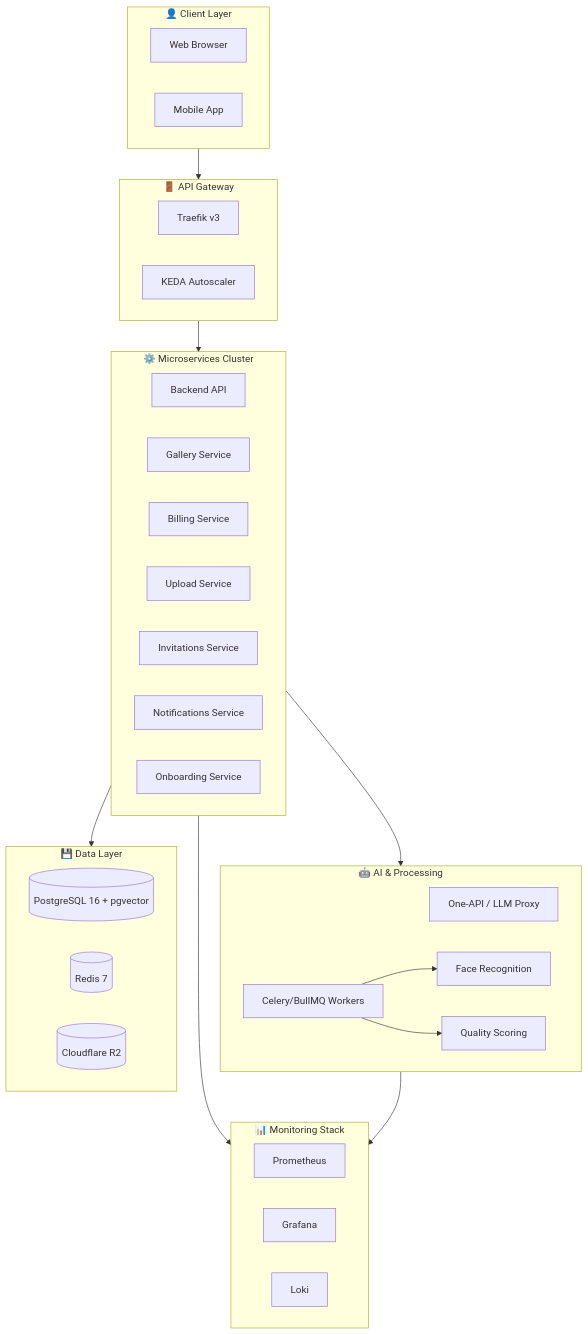
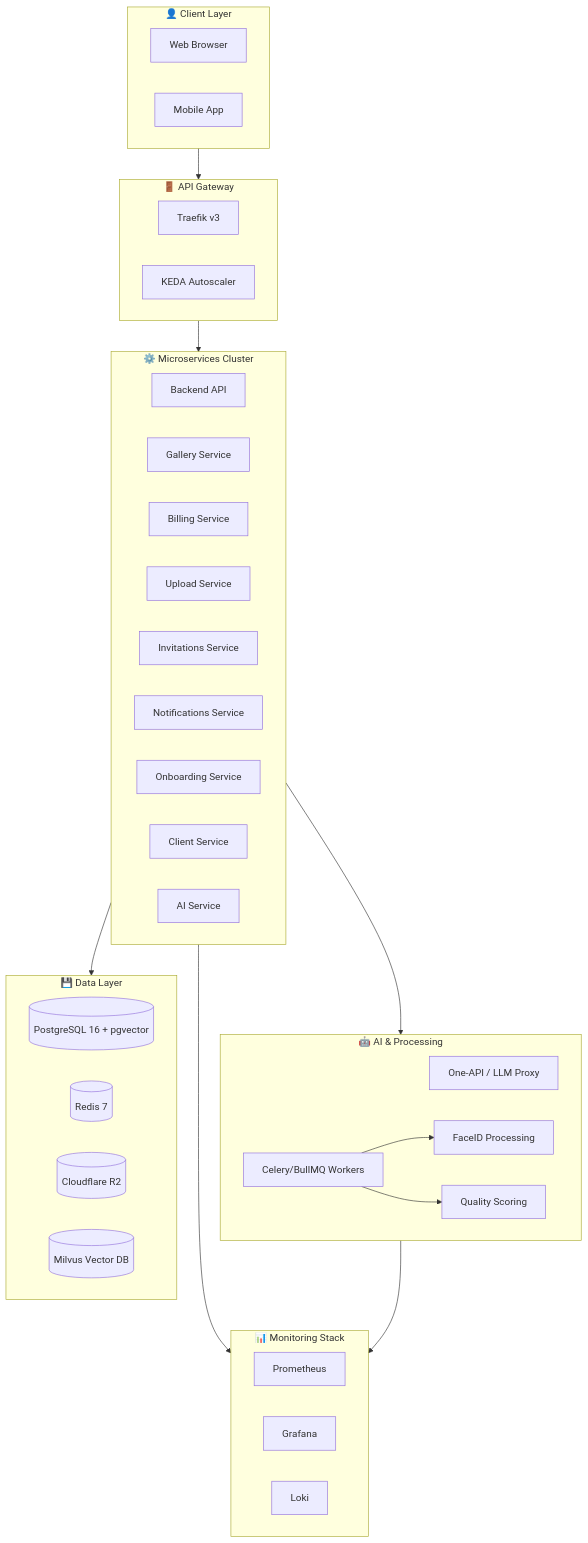
One commit to veerababumanyam/RawDrive changed the diagram in docs/ARCHITECTURE_QUICK_REFERENCE.md. Above: the diagram before and after it, drawn with Mermaid. The commit also changed other lines of this file and 2 other files, not shown here.

Commit message:
docs: update architecture and readme for v0.3.1

````diff
--- a/docs/ARCHITECTURE_QUICK_REFERENCE.md
+++ b/docs/ARCHITECTURE_QUICK_REFERENCE.md
@@ -9,46 +9,49 @@
 ```mermaid
 flowchart TB
     subgraph Clients["👤 Client Layer"]
         Web[Web Browser]
         Mobile[Mobile App]
     end
 
     subgraph Gateway["🚪 API Gateway"]
         Traefik[Traefik v3]
         KEDA[KEDA Autoscaler]
     end
 
     subgraph Backend["⚙️ Microservices Cluster"]
         ServiceA[Backend API]
         ServiceB[Gallery Service]
         ServiceC[Billing Service]
         ServiceD[Upload Service]
         ServiceE[Invitations Service]
         ServiceF[Notifications Service]
         ServiceG[Onboarding Service]
+        ServiceH[Client Service]
+        ServiceI[AI Service]
     end
 
     subgraph Processing["🤖 AI & Processing"]
         OneAPI[One-API / LLM Proxy]
         Workers[Celery/BullMQ Workers]
-        Workers --> Face[Face Recognition]
+        Workers --> Face[FaceID Processing]
         Workers --> Quality[Quality Scoring]
     end
 
     subgraph Data["💾 Data Layer"]
         PG[(PostgreSQL 16 + pgvector)]
         Redis[(Redis 7)]
         R2[(Cloudflare R2)]
+        Milvus[(Milvus Vector DB)]
     end
 
     subgraph Observability["📊 Monitoring Stack"]
         Prom[Prometheus]
         Grafana[Grafana]
         Loki[Loki]
     end
 
     Clients --> Gateway --> Backend
     Backend --> Processing
     Backend --> Data
     Backend & Processing --> Observability
 ```
````
